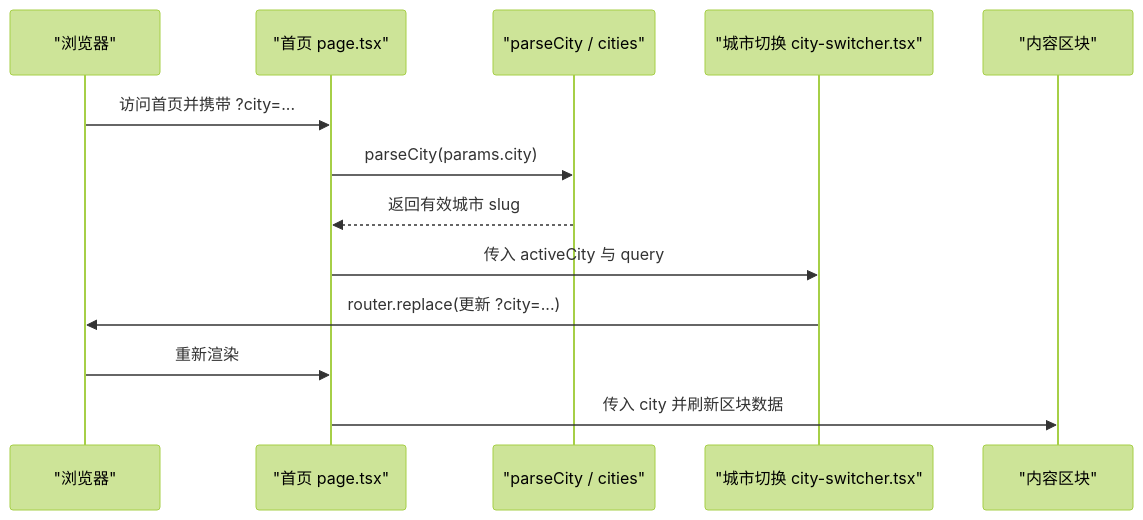
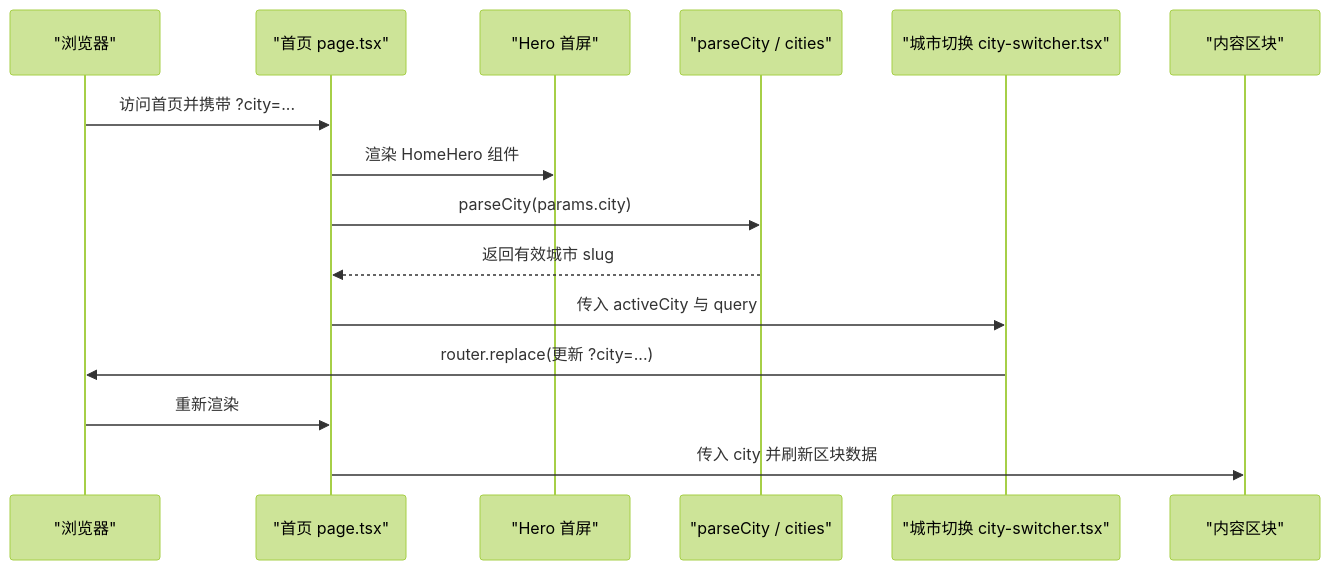
The fourth of 11 diagrams in .qoder/repowiki/zh/content/规格驱动开发/WanderChain 首页规格文档.md (luyitiger6/my-first-project), drawn with Mermaid (forest theme) before and after one commit. The commit also changed other lines of this file and 11 other files, not shown here.

````diff
--- a/.qoder/repowiki/zh/content/规格驱动开发/WanderChain 首页规格文档.md
+++ b/.qoder/repowiki/zh/content/规格驱动开发/WanderChain 首页规格文档.md
@@ -142,15 +188,17 @@
 ```mermaid
 sequenceDiagram
 participant Browser as "浏览器"
 participant Page as "首页 page.tsx"
+participant Hero as "Hero 首屏"
 participant CityHook as "parseCity / cities"
 participant Switcher as "城市切换 city-switcher.tsx"
 participant Blocks as "内容区块"
 Browser->>Page : 访问首页并携带 ?city=...
+Page->>Hero : 渲染 HomeHero 组件
 Page->>CityHook : parseCity(params.city)
 CityHook-->>Page : 返回有效城市 slug
 Page->>Switcher : 传入 activeCity 与 query
 Switcher->>Browser : router.replace(更新 ?city=...)
 Browser->>Page : 重新渲染
 Page->>Blocks : 传入 city 并刷新区块数据
 ```
````
